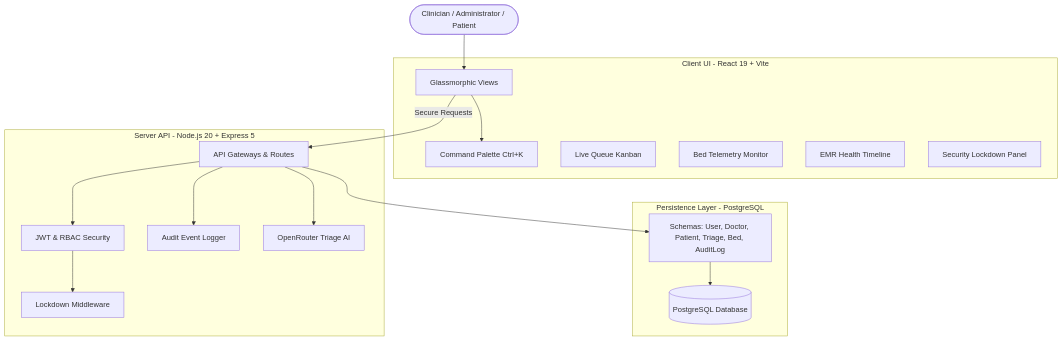
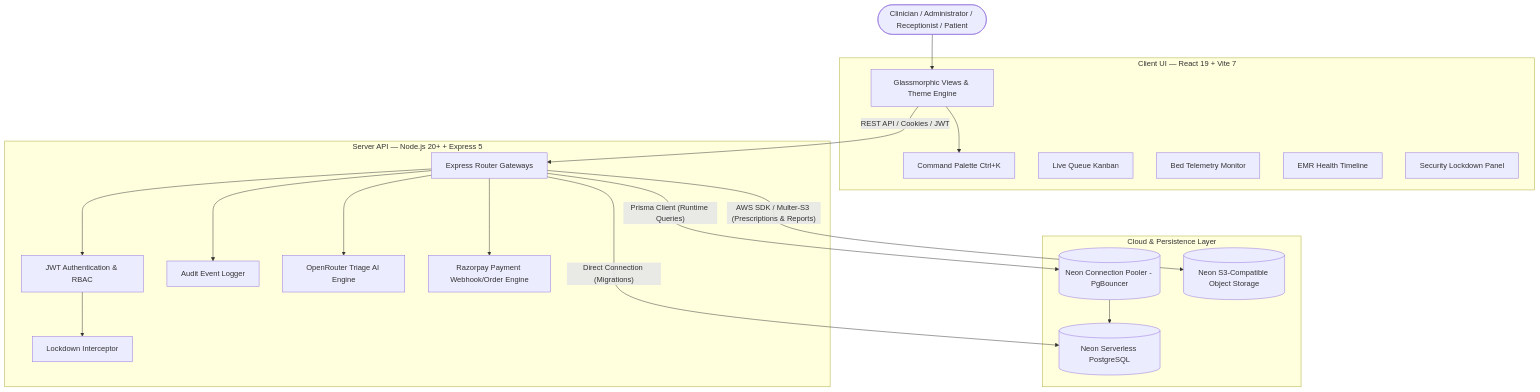
The diagram in README.md (ksingla1885/OrvantaHealth), drawn with Mermaid before and after one commit. The commit also changed other lines of this file and 1 other file, not shown here.

````diff
--- a/README.md
+++ b/README.md
@@ -18,41 +21,44 @@
 ```mermaid
 graph TD
-    %% Define Nodes with elegant labels
-    User([Clinician / Administrator / Patient])
-    
-    subgraph Frontend [Client UI - React 19 + Vite]
-        UI[Glassmorphic Views]
+    User([Clinician / Administrator / Receptionist / Patient])
+
+    subgraph Frontend [Client UI — React 19 + Vite 7]
+        UI[Glassmorphic Views & Theme Engine]
         Palette[Command Palette Ctrl+K]
         Kanban[Live Queue Kanban]
         Telemetry[Bed Telemetry Monitor]
         Timeline[EMR Health Timeline]
         Security[Security Lockdown Panel]
     end
 
-    subgraph Backend [Server API - Node.js 20 + Express 5]
-        API[API Gateways & Routes]
-        Auth[JWT & RBAC Security]
-        Lockdown[Lockdown Middleware]
+    subgraph Backend [Server API — Node.js 20+ + Express 5]
+        API[Express Router Gateways]
+        Auth[JWT Authentication & RBAC]
+        Lockdown[Lockdown Interceptor]
         Auditor[Audit Event Logger]
-        TriageAI[OpenRouter Triage AI]
+        TriageAI[OpenRouter Triage AI Engine]
+        Payment[Razorpay Payment Webhook/Order Engine]
     end
 
-    subgraph Database [Persistence Layer - PostgreSQL]
-        DB[(PostgreSQL Database)]
-        Models[Schemas: User, Doctor, Patient, Triage, Bed, AuditLog]
+    subgraph Persistence [Cloud & Persistence Layer]
+        Pooler[(Neon Connection Pooler - PgBouncer)]
+        DB[(Neon Serverless PostgreSQL)]
+        S3Storage[(Neon S3-Compatible Object Storage)]
     end
 
     %% Connections
     User --> UI
     UI --> Palette
+    UI --> |"REST API / Cookies / JWT"| API
     
-    UI --> |"Secure Requests"| API
     API --> Auth
     Auth --> Lockdown
-    
+    API --> Auditor
     API --> TriageAI
-    API --> Auditor
-    
-    API --> Models
-    Models --> DB
+    API --> Payment
+
+    API --> |"Prisma Client (Runtime Queries)"| Pooler
+    Pooler --> DB
+    API --> |"Direct Connection (Migrations)"| DB
+    API --> |"AWS SDK / Multer-S3 (Prescriptions & Reports)"| S3Storage
 ```
````
